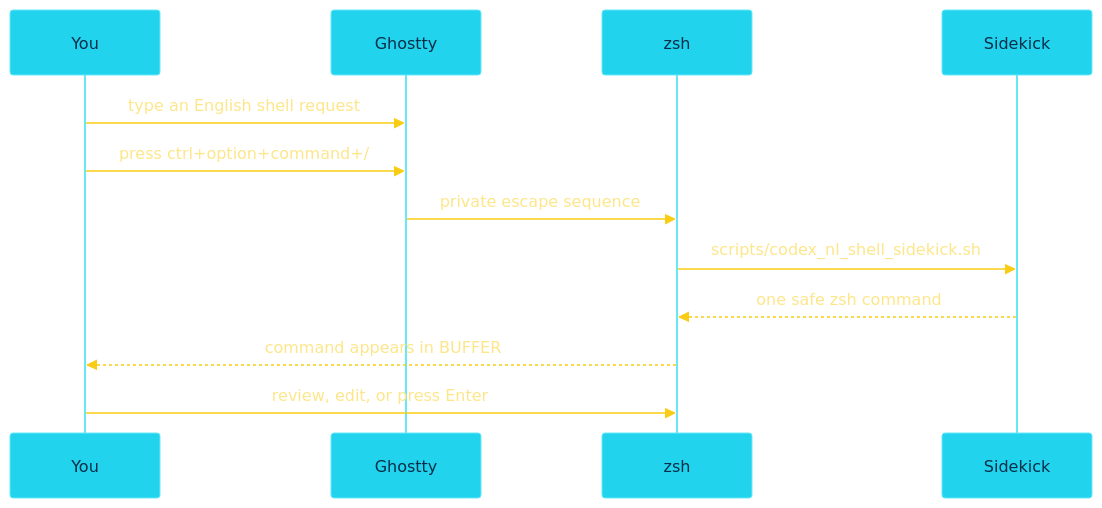
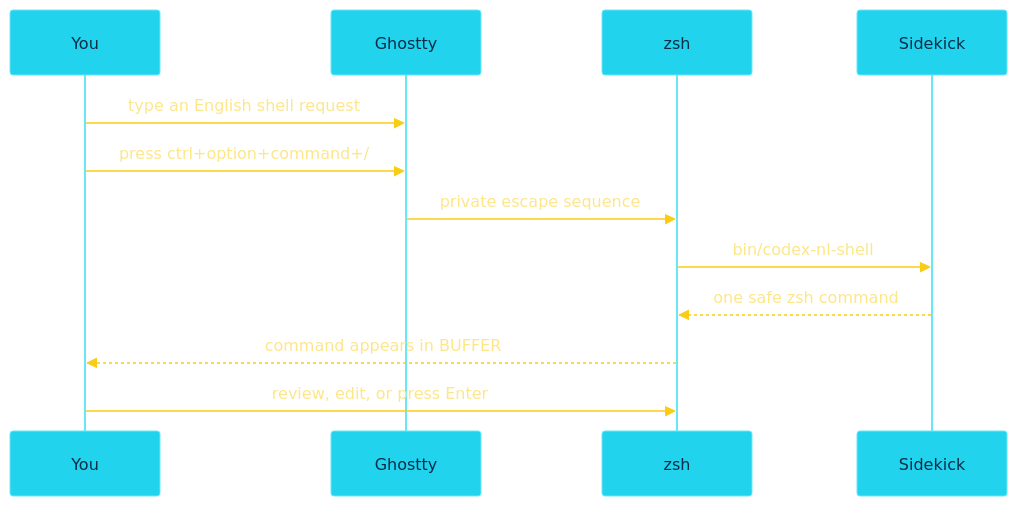
Before and after one commit to ashgithub/ai-sidekick: the diagram in docs/presentations/codex-nl-shell.md, drawn with Mermaid. The commit also changed other lines of this file and 45 other files, not shown here.

Commit message:
refactor sidekick scripts and remove tk client

````diff
--- a/docs/presentations/codex-nl-shell.md
+++ b/docs/presentations/codex-nl-shell.md
@@ -23,16 +23,16 @@
 ```mermaid
 %%{init: {"theme": "base", "themeVariables": {"background": "#0f172a", "actorBkg": "#22d3ee", "actorBorder": "#67e8f9", "actorTextColor": "#082f49", "signalColor": "#facc15", "signalTextColor": "#fde68a", "activationBkgColor": "#a78bfa", "activationBorderColor": "#ddd6fe", "fontFamily": "JetBrains Mono"}}}%%
 sequenceDiagram
     participant You
     participant Ghostty
     participant zsh
     participant Sidekick
 
     You->>Ghostty: type an English shell request
     You->>Ghostty: press ctrl+option+command+/
     Ghostty->>zsh: private escape sequence
-    zsh->>Sidekick: scripts/codex_nl_shell_sidekick.sh
+    zsh->>Sidekick: bin/codex-nl-shell
     Sidekick-->>zsh: one safe zsh command
     zsh-->>You: command appears in BUFFER
     You->>zsh: review, edit, or press Enter
 ```
````
